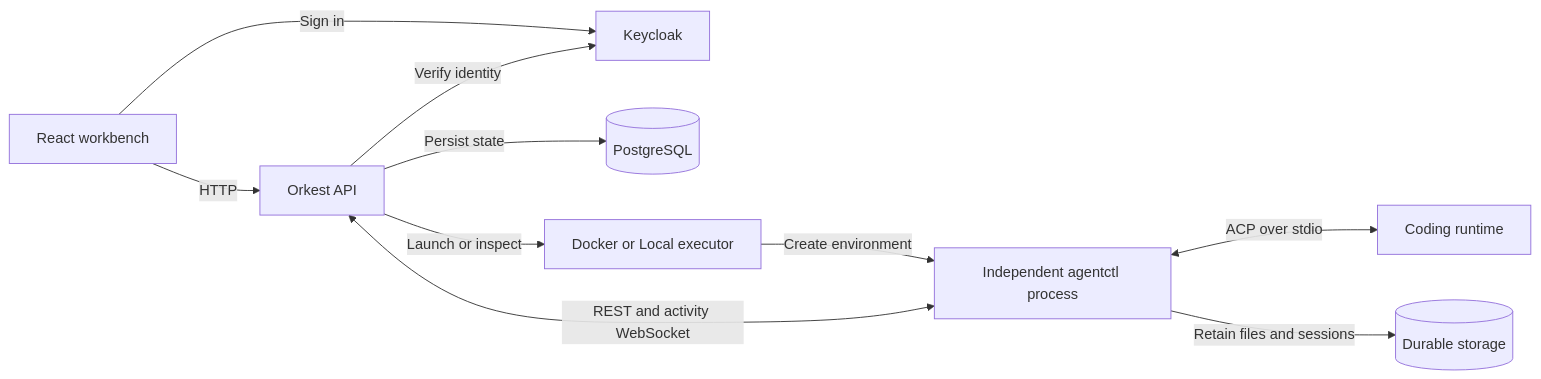
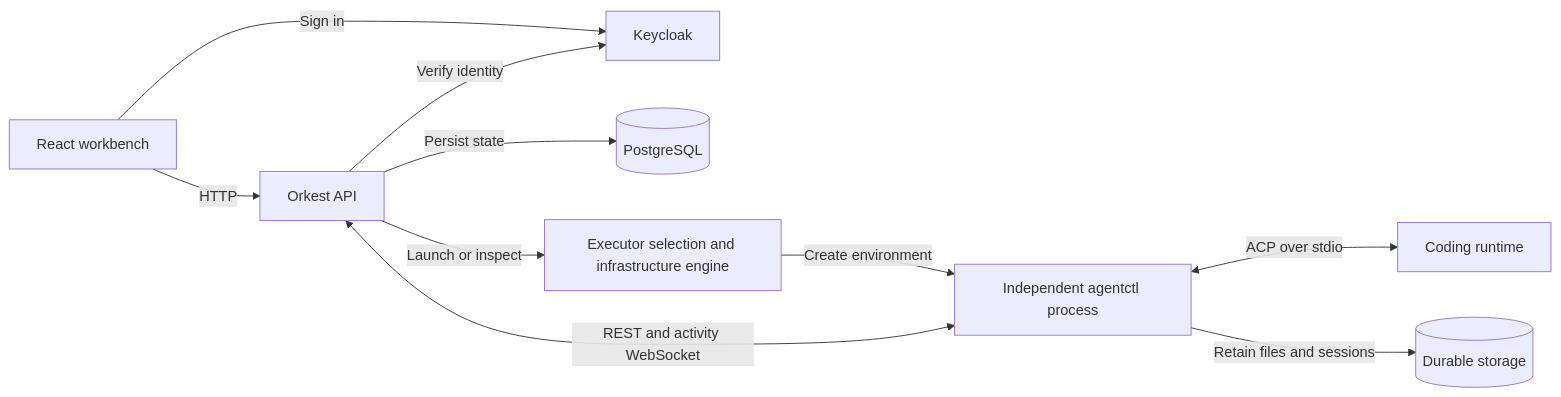
One commit to josemiguelmelo/orkest changed the first of 3 diagrams in docs/architecture.md. Above: the diagram before and after it, drawn with Mermaid. The commit also changed other lines of this file and 86 other files, not shown here.

````diff
--- a/docs/architecture.md
+++ b/docs/architecture.md
@@ -52,12 +52,12 @@
 ```mermaid
 flowchart LR
     UI[React workbench] -->|HTTP| API[Orkest API]
     UI -->|Sign in| Auth[Keycloak]
     API -->|Verify identity| Auth
     API -->|Persist state| DB[(PostgreSQL)]
-    API -->|Launch or inspect| Executor[Docker or Local executor]
+    API -->|Launch or inspect| Executor[Executor selection and infrastructure engine]
     Executor -->|Create environment| Worker[Independent agentctl process]
     API <-->|REST and activity WebSocket| Worker
     Worker <-->|ACP over stdio| Runtime[Coding runtime]
     Worker -->|Retain files and sessions| Storage[(Durable storage)]
 ```
````
